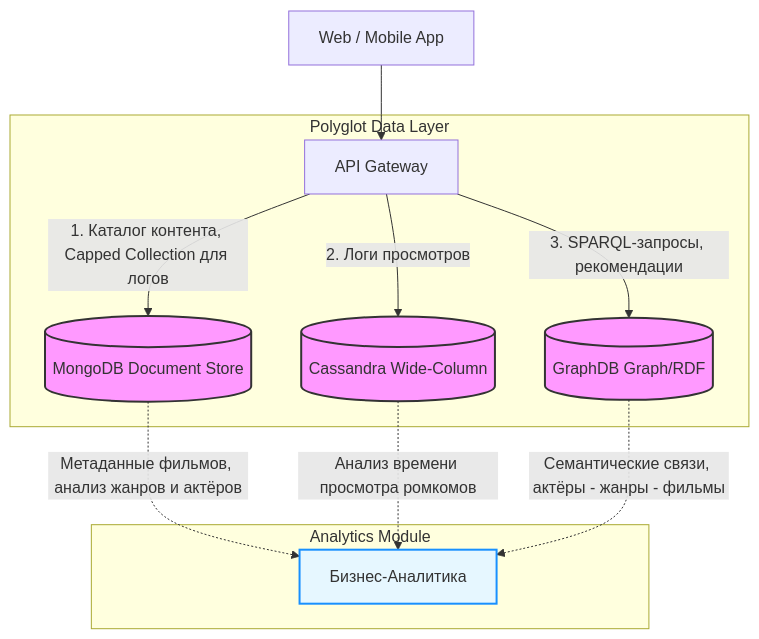
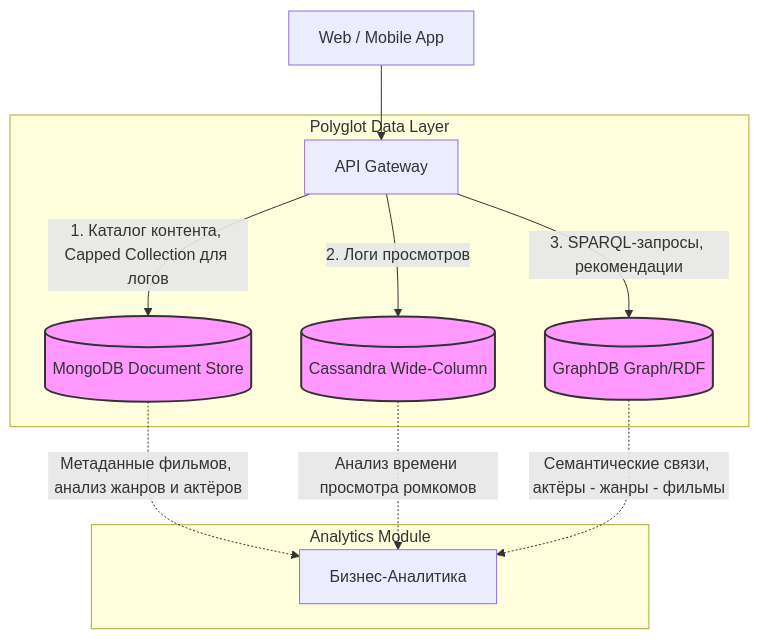
One commit to wyamka/BigData-MGPU changed the diagram in pw_02/README.md. Above: the diagram before and after it, drawn with Mermaid.

````diff
--- a/pw_02/README.md
+++ b/pw_02/README.md
@@ -21,22 +21,19 @@
 ```mermaid
 graph TD
     Client[Web / Mobile App] --> API[API Gateway]
 
     subgraph Polyglot Data Layer
         API -->|1. Каталог контента, Capped Collection для логов| Mongo[(MongoDB Document Store)]
         API -->|2. Логи просмотров| Cass[(Cassandra Wide-Column)]
         API -->|3. SPARQL-запросы, рекомендации| Graph[(GraphDB Graph/RDF)]
     end
 
     subgraph Analytics Module
         Mongo -.->|Метаданные фильмов, анализ жанров и актёров| BI[Бизнес-Аналитика]
         Cass -.->|Анализ времени просмотра ромкомов| BI
         Graph -.->|Семантические связи, актёры - жанры - фильмы| BI
     end
 
     classDef db fill:#f9f,stroke:#333,stroke-width:2px;
     class Mongo,Cass,Graph db;
-
-    classDef analytics fill:#e6f7ff,stroke:#1890ff,stroke-width:2px;
-    class BI analytics;
 ```
````
